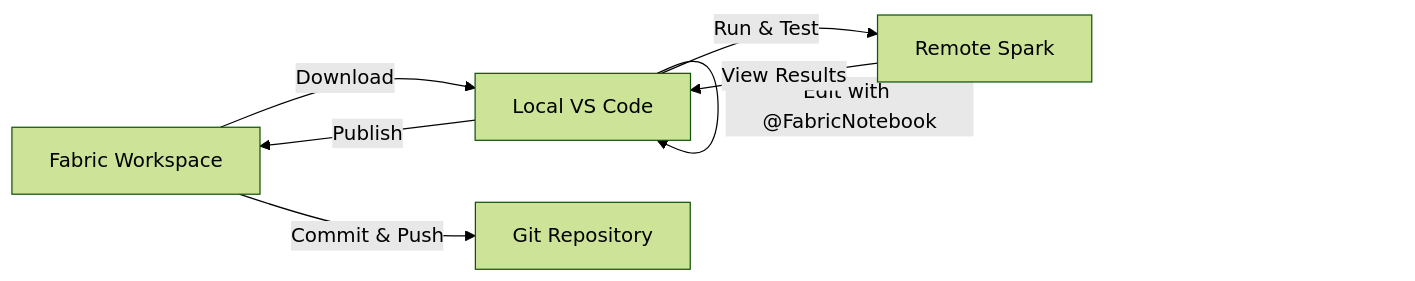
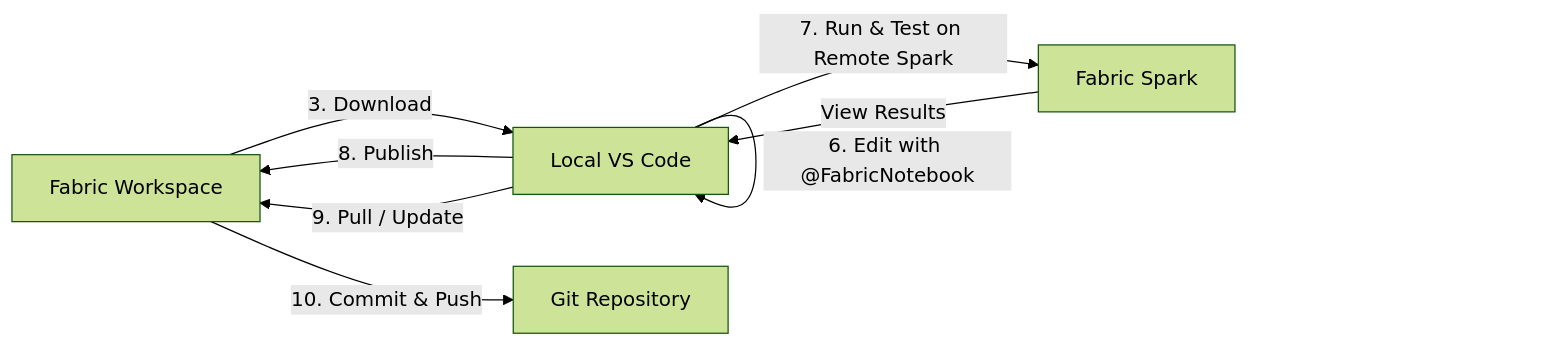
The diagram in demo/02-notebook-development.md (franciscobertao1995/Fabric-PBI-Dev), drawn with Mermaid (forest theme) before and after one commit. The commit also changed other lines of this file and 9 other files, not shown here.

````diff
--- a/demo/02-notebook-development.md
+++ b/demo/02-notebook-development.md
@@ -195,9 +186,10 @@
 ```mermaid
 graph LR
-    A[Fabric Workspace] -->|Download| B[Local VS Code]
-    B -->|Edit with @FabricNotebook| B
-    B -->|Run & Test| C[Remote Spark]
+    A[Fabric Workspace] -->|3. Download| B[Local VS Code]
+    B -->|6. Edit with @FabricNotebook| B
+    B -->|7. Run & Test on Remote Spark| C[Fabric Spark]
     C -->|View Results| B
-    B -->|Publish| A
-    A -->|Commit & Push| D[Git Repository]
+    B -->|8. Publish| A
+    B -->|9. Pull / Update| A
+    A -->|10. Commit & Push| D[Git Repository]
 ```
````
